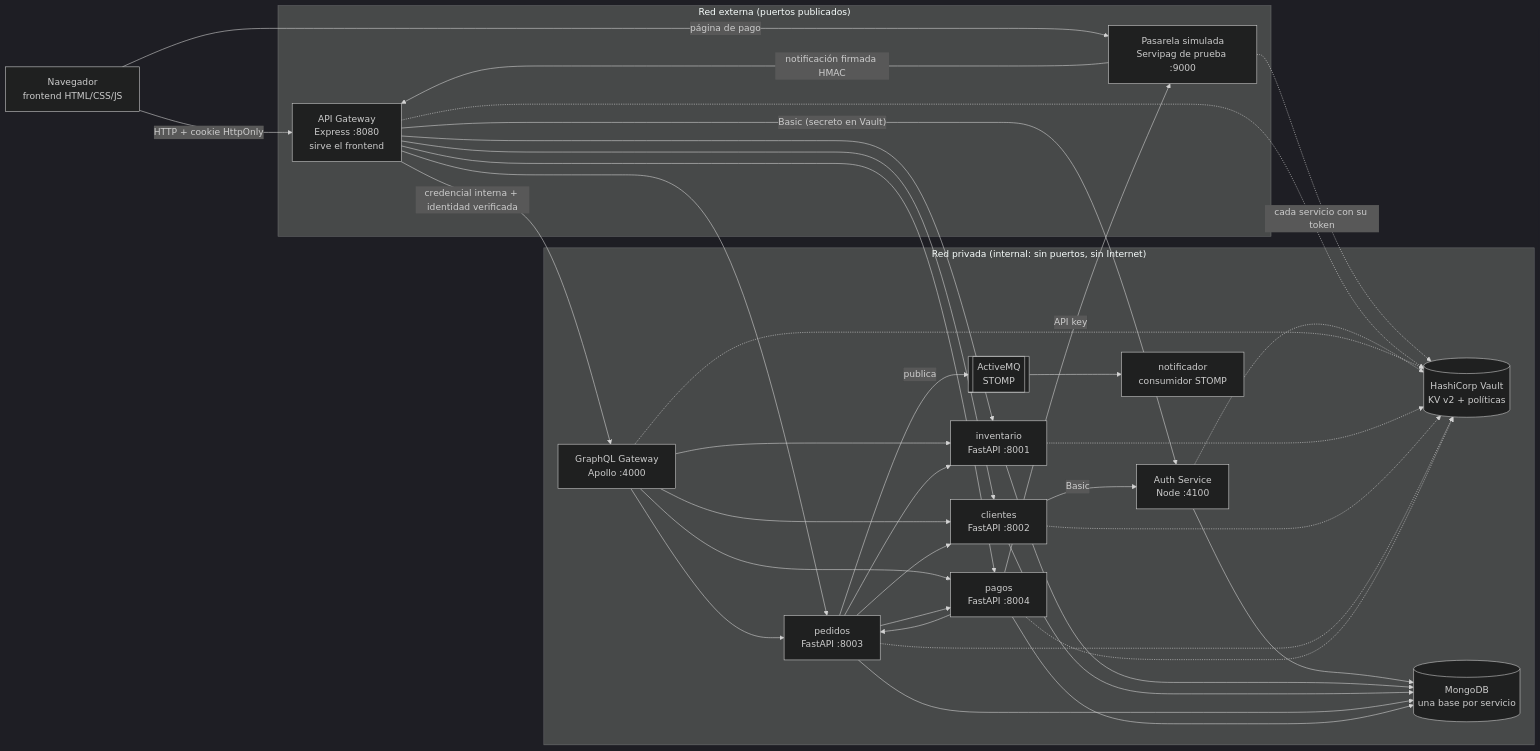
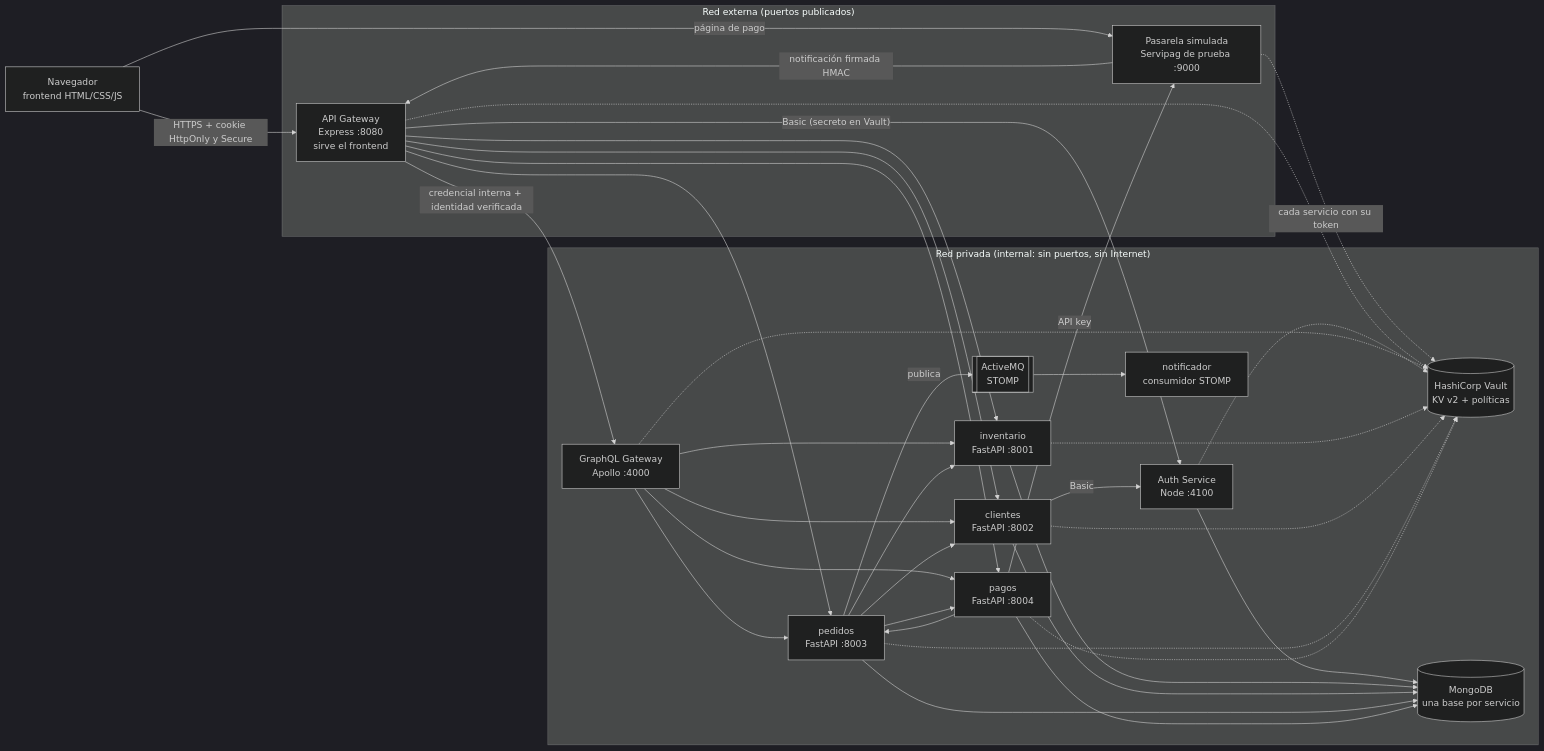
Before and after one commit to kemunozcastillo/DesarrolloWeb_KevinMunoz: the diagram in docs/diagramas/componentes.mmd, drawn with Mermaid (dark theme). The commit also changed 4 other files, not shown here.

First line of the commit message:
Docs: TLS en el informe, el ADR, el README, el modelo C4 y el diagrama de componentes

```diff
--- a/docs/diagramas/componentes.mmd
+++ b/docs/diagramas/componentes.mmd
@@ -1,33 +1,33 @@
 flowchart LR
   nav["Navegador<br/>frontend HTML/CSS/JS"]
   subgraph externa["Red externa (puertos publicados)"]
     gw["API Gateway<br/>Express :8080<br/>sirve el frontend"]
     pas["Pasarela simulada<br/>Servipag de prueba :9000"]
   end
   subgraph privada["Red privada (internal: sin puertos, sin Internet)"]
     auth["Auth Service<br/>Node :4100"]
     gql["GraphQL Gateway<br/>Apollo :4000"]
     inv["inventario<br/>FastAPI :8001"]
     cli["clientes<br/>FastAPI :8002"]
     ped["pedidos<br/>FastAPI :8003"]
     pag["pagos<br/>FastAPI :8004"]
     vault[("HashiCorp Vault<br/>KV v2 + políticas")]
     mongo[("MongoDB<br/>una base por servicio")]
     mq[["ActiveMQ<br/>STOMP"]]
     notif["notificador<br/>consumidor STOMP"]
   end
-  nav -- "HTTP + cookie HttpOnly" --> gw
+  nav -- "HTTPS + cookie HttpOnly y Secure" --> gw
   nav -- "página de pago" --> pas
   pas -- "notificación firmada HMAC" --> gw
   gw -- "Basic (secreto en Vault)" --> auth
   gw -- "credencial interna + identidad verificada" --> gql
   gw --> inv & cli & ped & pag
   gql --> ped & pag & inv & cli
   cli -- Basic --> auth
   ped --> inv & cli & pag
   pag --> ped
   pag -- "API key" --> pas
   ped -- "publica" --> mq --> notif
   auth & inv & cli & ped & pag --> mongo
   pas -. "cada servicio con su token" .-> vault
   gw & auth & gql & inv & cli & ped & pag -.-> vault
```
